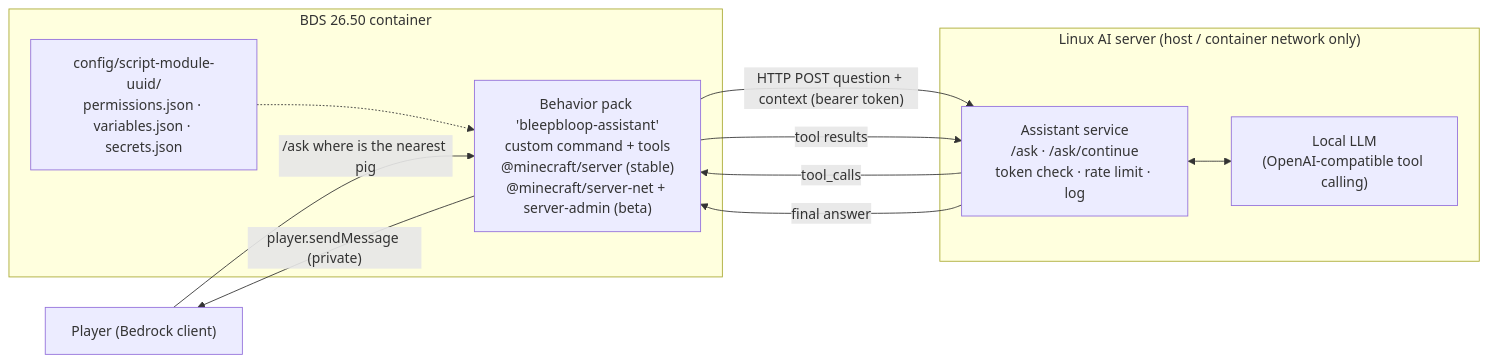
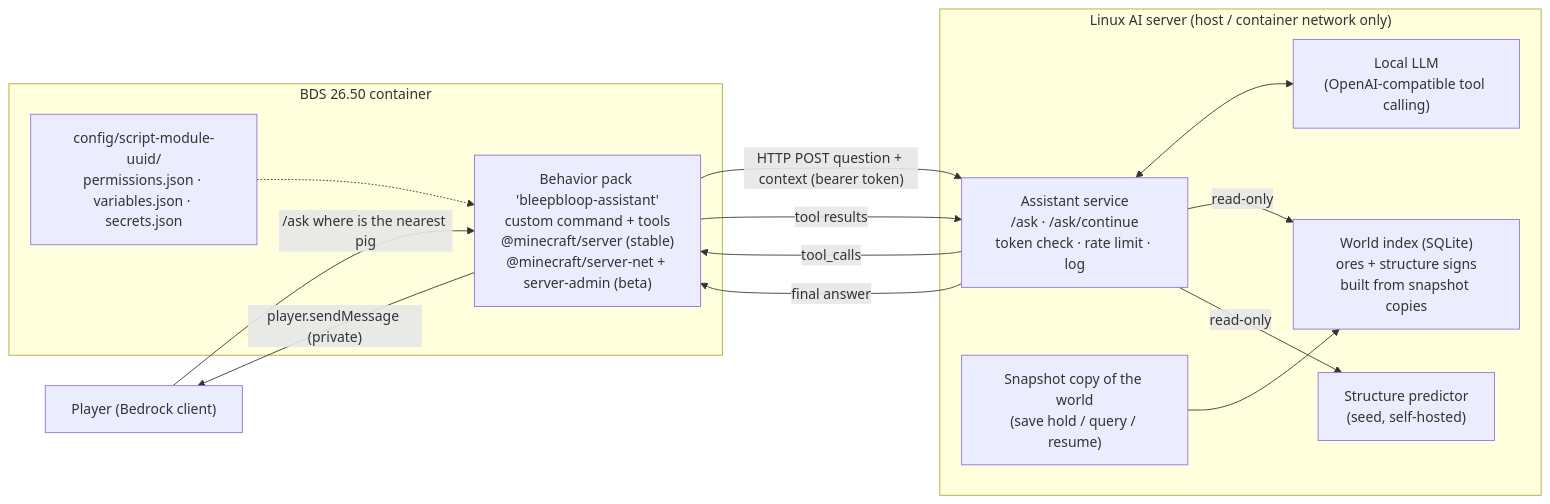
One commit to jeffmhopkins/Bleepbloop_City changed the diagram in plans/chat-assistant.md. Above: the diagram before and after it, drawn with Mermaid. The commit also changed other lines of this file and 3 other files, not shown here.

Commit message:
Chat assistant: structure and ore search via world files + seed; owner has unrestricted access; lore seals are flavor only

````diff
--- a/plans/chat-assistant.md
+++ b/plans/chat-assistant.md
@@ -35,19 +42,25 @@
 ```mermaid
 flowchart LR
   P["Player (Bedrock client)"] -- "/ask where is the nearest pig" --> BP
   subgraph BDS["BDS 26.50 container"]
     BP["Behavior pack 'bleepbloop-assistant'<br/>custom command + tools<br/>@minecraft/server (stable)<br/>@minecraft/server-net + server-admin (beta)"]
     CFG["config/script-module-uuid/<br/>permissions.json · variables.json · secrets.json"]
     CFG -.-> BP
   end
   subgraph AI["Linux AI server (host / container network only)"]
     SVC["Assistant service<br/>/ask · /ask/continue<br/>token check · rate limit · log"]
     LLM["Local LLM<br/>(OpenAI-compatible tool calling)"]
     SVC <--> LLM
+    IDX["World index (SQLite)<br/>ores + structure signs<br/>built from snapshot copies"]
+    SEED["Structure predictor<br/>(seed, self-hosted)"]
+    SNAP["Snapshot copy of the world<br/>(save hold / query / resume)"]
+    SNAP --> IDX
+    SVC -- "read-only" --> IDX
+    SVC -- "read-only" --> SEED
   end
   BP -- "HTTP POST question + context (bearer token)" --> SVC
   SVC -- "tool_calls" --> BP
   BP -- "tool results" --> SVC
   SVC -- "final answer" --> BP
   BP -- "player.sendMessage (private)" --> P
 ```
````
